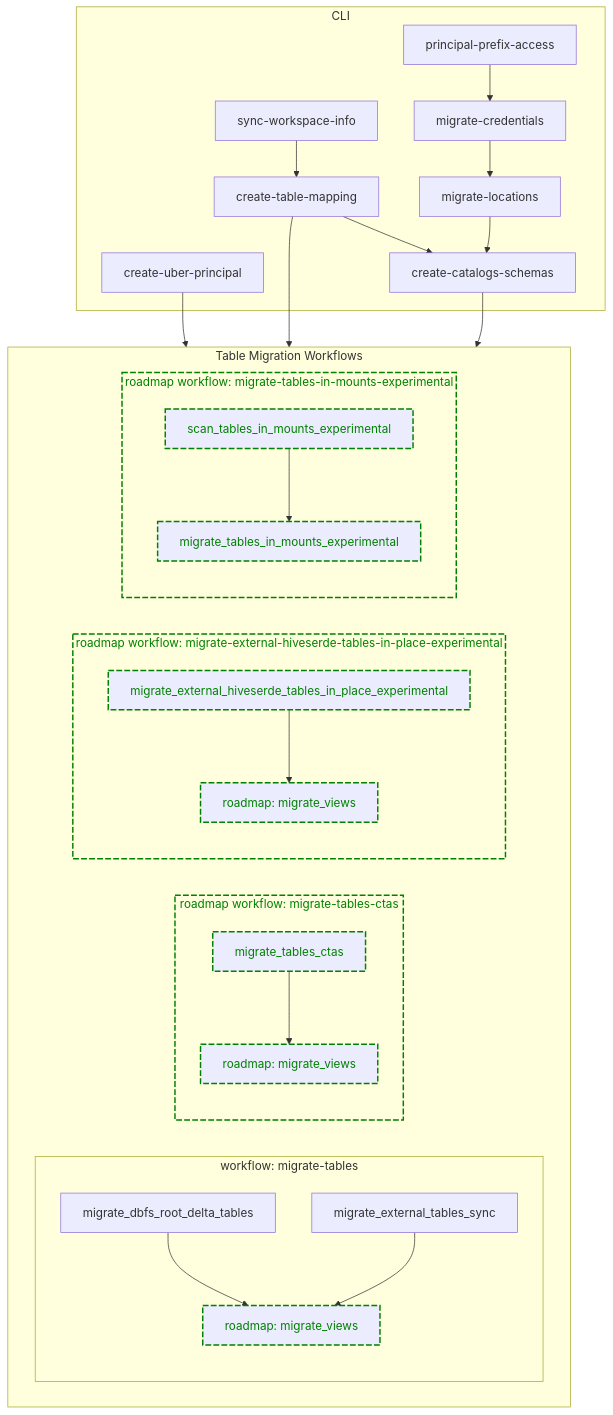
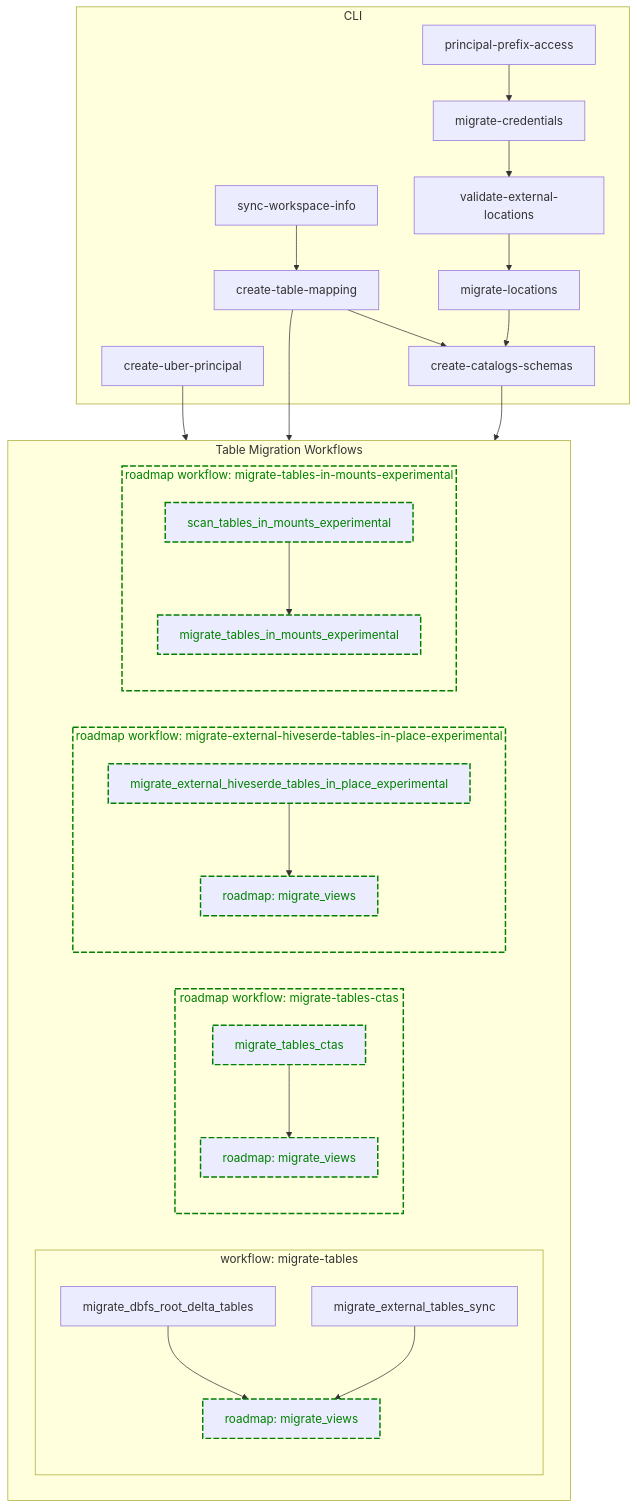
One commit to databrickslabs/ucx changed the second of 2 diagrams in README.md. Above: the diagram before and after it, drawn with Mermaid.

Commit message:
Add validate-external-locations to the flowchart

````diff
--- a/README.md
+++ b/README.md
@@ -371,44 +371,45 @@
 ```mermaid
 flowchart TB
     subgraph CLI
       sync-workspace-info[sync-workspace-info] --> create_table_mapping[create-table-mapping]
       create_table_mapping[create-table-mapping] --> create_catalogs_schemas[create-catalogs-schemas]
       create_uber_principal[create-uber-principal]
       principal_prefix_access[principal-prefix-access] --> migrate_credentials[migrate-credentials]
-      migrate_credentials --> migrate_locations[migrate-locations]
+      migrate_credentials --> validate-external-locations[validate-external-locations]
+      validate-external-locations --> migrate_locations[migrate-locations]
       migrate_locations --> create_catalogs_schemas
     end
     
     create_uber_principal --> workflow
     create_table_mapping --> workflow
     create_catalogs_schemas --> workflow
     
     subgraph workflow[Table Migration Workflows]
       subgraph mt_workflow[workflow: migrate-tables]
         dbfs_root_delta_mt_task[migrate_dbfs_root_delta_tables]
         external_tables_sync_mt_task[migrate_external_tables_sync]
         view_mt_task[roadmap: migrate_views]
         dbfs_root_delta_mt_task --> view_mt_task
         external_tables_sync_mt_task --> view_mt_task
       end
       
       subgraph mt_ctas_wf[roadmap workflow: migrate-tables-ctas]
         ctas_mt_task[migrate_tables_ctas] --> view_mt_task_ctas[roadmap: migrate_views]
       end
   
       subgraph mt_serde_inplace_wf[roadmap workflow: migrate-external-hiveserde-tables-in-place-experimental]
         serde_inplace_mt_task[migrate_external_hiveserde_tables_in_place_experimental] --> view_mt_task_inplace[roadmap: migrate_views]
       end
   
       subgraph mt_in_mounts_wf[roadmap workflow: migrate-tables-in-mounts-experimental]
         scan_tables_in_mounts_experimental_task[scan_tables_in_mounts_experimental] --> 
         migrate_tables_in_mounts_experimental[migrate_tables_in_mounts_experimental]
       end
     end
     
     classDef roadmap stroke:Green,stroke-width:2px,color:Green,stroke-dasharray: 8 3
     class view_mt_task roadmap;
     class mt_ctas_wf,ctas_mt_task,view_mt_task_ctas roadmap;
     class mt_serde_inplace_wf,serde_inplace_mt_task,view_mt_task_inplace roadmap;
     class mt_in_mounts_wf,scan_tables_in_mounts_experimental_task,migrate_tables_in_mounts_experimental roadmap;
 ```
````
